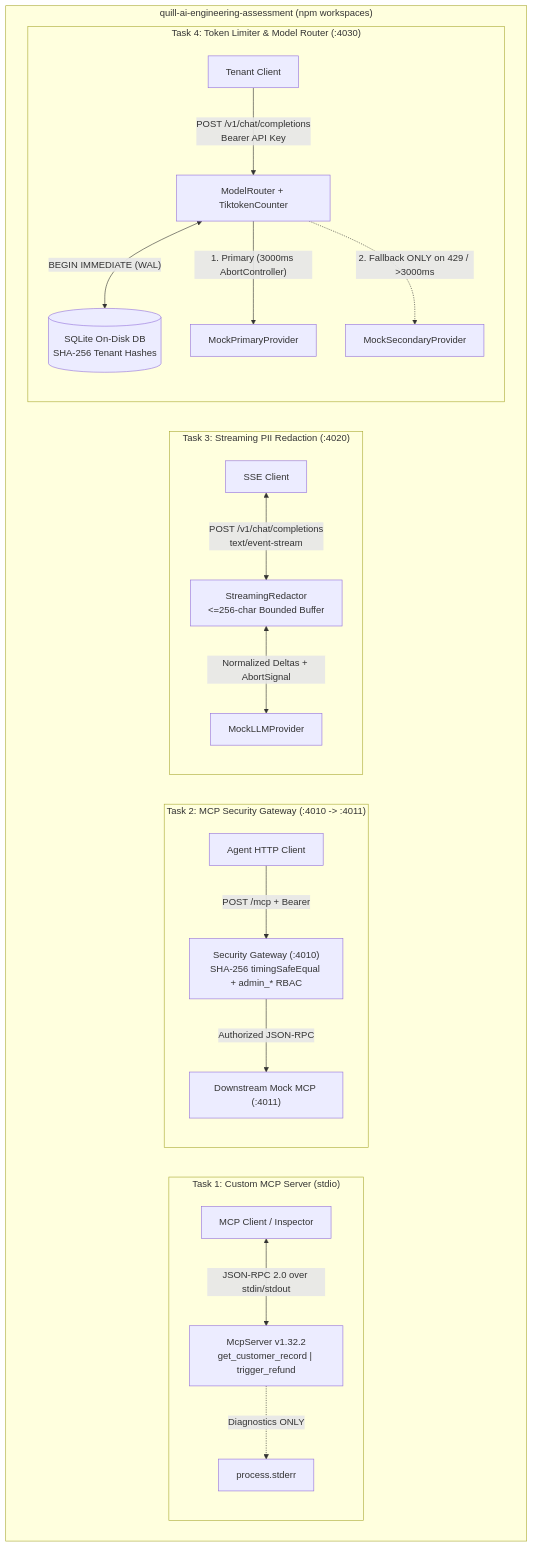
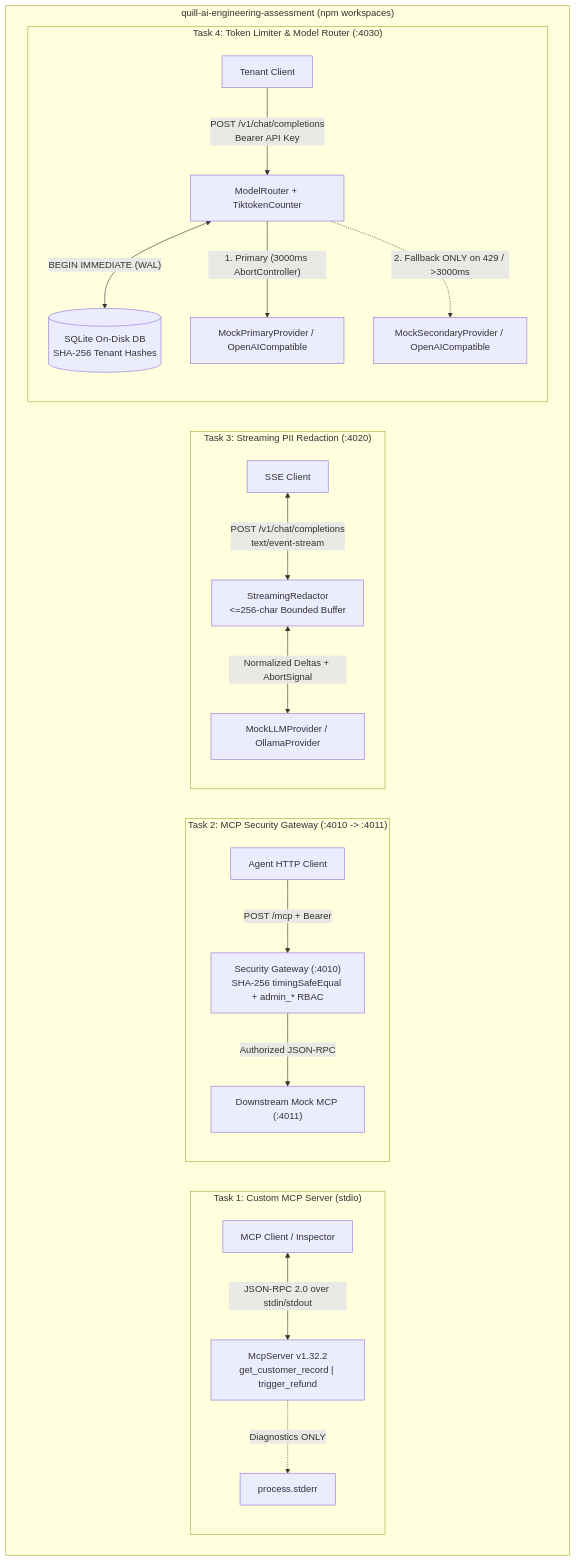
One commit to KiranLucky44/quilr.AI-Engineering-Assessment changed the diagram in README.md. Above: the diagram before and after it, drawn with Mermaid. The commit also changed other lines of this file and 28 other files, not shown here.

````diff
--- a/README.md
+++ b/README.md
@@ -35,26 +29,26 @@
 ```mermaid
 flowchart TB
   subgraph Monorepo["quill-ai-engineering-assessment (npm workspaces)"]
     subgraph Task1["Task 1: Custom MCP Server (stdio)"]
       A1["MCP Client / Inspector"] <-->|"JSON-RPC 2.0 over stdin/stdout"| B1["McpServer v1.32.2\nget_customer_record | trigger_refund"]
       B1 -.->|"Diagnostics ONLY"| C1["process.stderr"]
     end
 
     subgraph Task2["Task 2: MCP Security Gateway (:4010 -> :4011)"]
       A2["Agent HTTP Client"] -->|"POST /mcp + Bearer"| B2["Security Gateway (:4010)\nSHA-256 timingSafeEqual + admin_* RBAC"]
       B2 -->|"Authorized JSON-RPC"| C2["Downstream Mock MCP (:4011)"]
     end
 
     subgraph Task3["Task 3: Streaming PII Redaction (:4020)"]
       A3["SSE Client"] <-->|"POST /v1/chat/completions\ntext/event-stream"| B3["StreamingRedactor\n<=256-char Bounded Buffer"]
-      B3 <-->|"Normalized Deltas + AbortSignal"| C3["MockLLMProvider"]
+      B3 <-->|"Normalized Deltas + AbortSignal"| C3["MockLLMProvider / OllamaProvider"]
     end
 
     subgraph Task4["Task 4: Token Limiter & Model Router (:4030)"]
       A4["Tenant Client"] -->|"POST /v1/chat/completions\nBearer API Key"| B4["ModelRouter + TiktokenCounter"]
       B4 <-->|"BEGIN IMMEDIATE (WAL)"| DB4[("SQLite On-Disk DB\nSHA-256 Tenant Hashes")]
-      B4 -->|"1. Primary (3000ms AbortController)"| P4["MockPrimaryProvider"]
-      B4 -.->|"2. Fallback ONLY on 429 / >3000ms"| S4["MockSecondaryProvider"]
+      B4 -->|"1. Primary (3000ms AbortController)"| P4["MockPrimaryProvider / OpenAICompatible"]
+      B4 -.->|"2. Fallback ONLY on 429 / >3000ms"| S4["MockSecondaryProvider / OpenAICompatible"]
     end
   end
 ```
````
